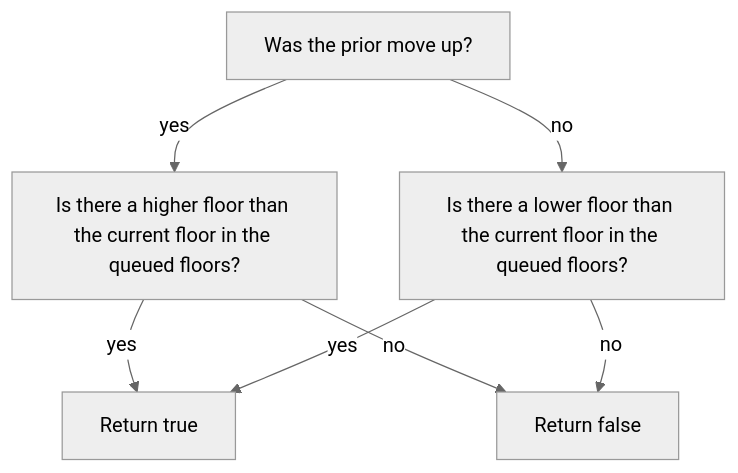
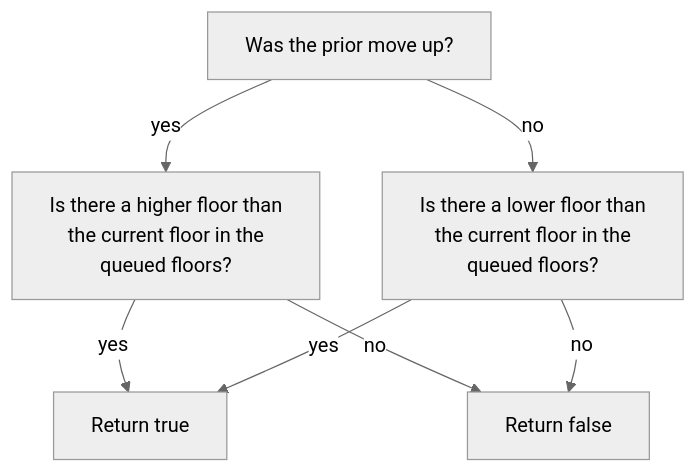
Before and after one commit to tgn203/lift-project: the diagram in flowcharts/ed-code/followup.mermaid, drawn with Mermaid (neutral theme).

```diff
--- a/flowcharts/ed-code/followup.mermaid
+++ b/flowcharts/ed-code/followup.mermaid
@@ -1,12 +1,12 @@
 flowchart TD
     A["Was the prior move up?"]
-    B["Is there a higher floor than the current floor in the queued floors?"]
+    B["Is there a higher floor than<br> the current floor in the<br> queued floors?"]
     C["Return true"]
     D["Return false"]
-    E["Is there a lower floor than the current floor in the queued floors?"]
+    E["Is there a lower floor than<br> the current floor in the<br> queued floors?"]
     A -->|yes| B
     A -->|no| E
     B -->|yes| C
     B -->|no| D
     E -->|yes| C
     E -->|no| D
```
